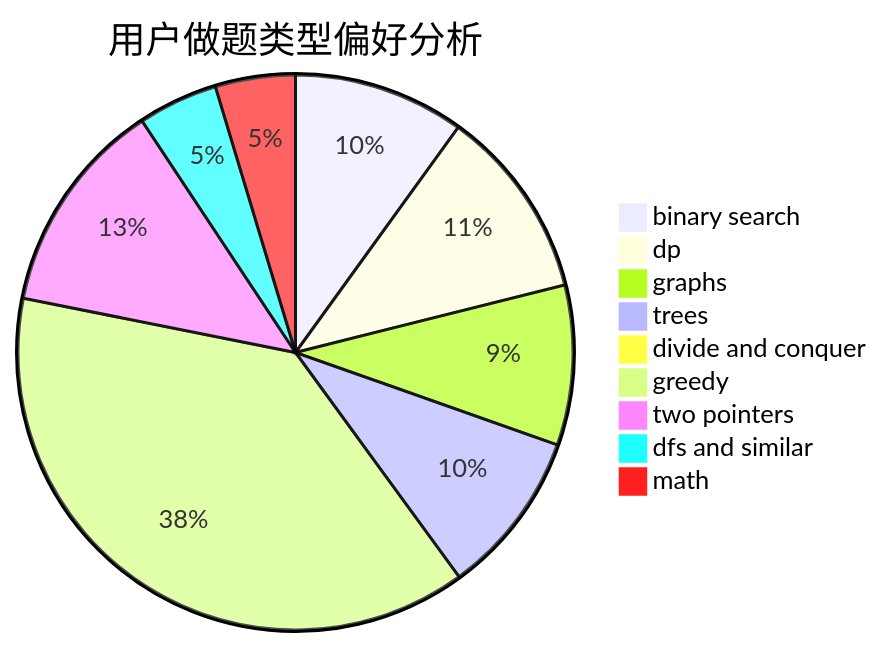
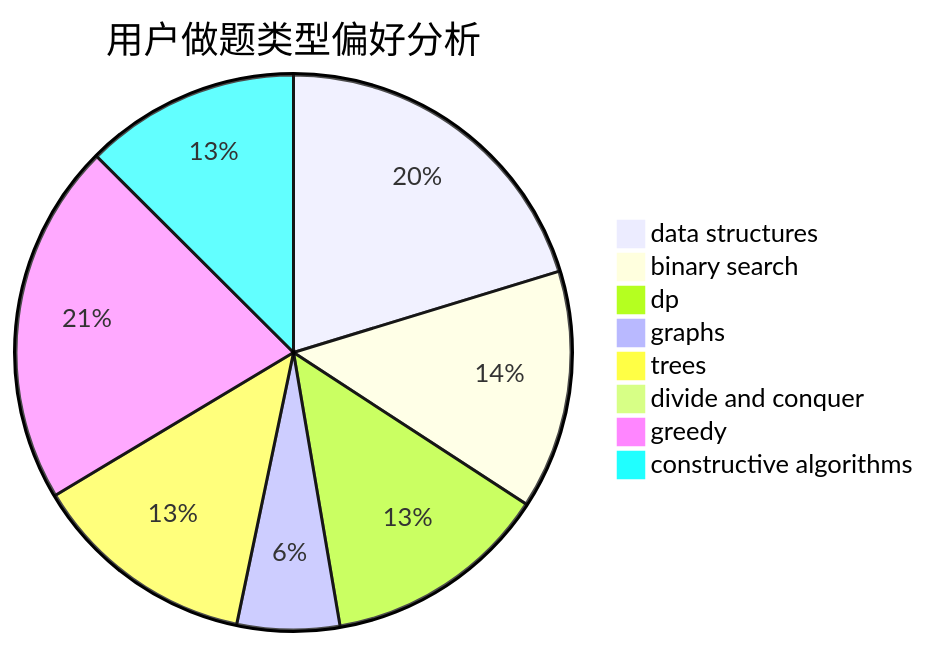
Before and after one commit to sherpahu/cfrs.github.io: the second of 3 diagrams in docs/user/u279.md, drawn with Mermaid. The commit also changed other lines of this file and 2775 other files, not shown here.

````diff
--- a/docs/user/u279.md
+++ b/docs/user/u279.md
@@ -23,12 +23,11 @@
 ```mermaid
 pie title 用户做题类型偏好分析
-    "binary search" :  77
-    "dp" :  86
-    "graphs" :  72
-    "trees" :  74
+    "data structures" :  102
+    "binary search" :  70
+    "dp" :  66
+    "graphs" :  30
+    "trees" :  66
     "divide and conquer" :  0
-    "greedy" :  295
-    "two pointers" :  97
-    "dfs and similar" :  36
-    "math" :  36
+    "greedy" :  106
+    "constructive algorithms" :  63
 ```
````
